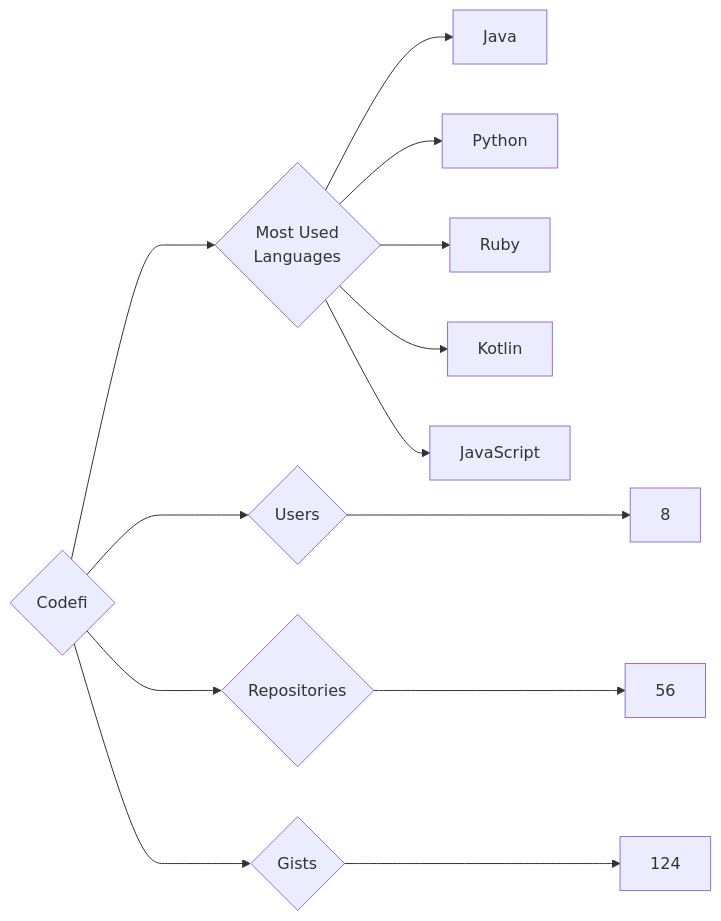
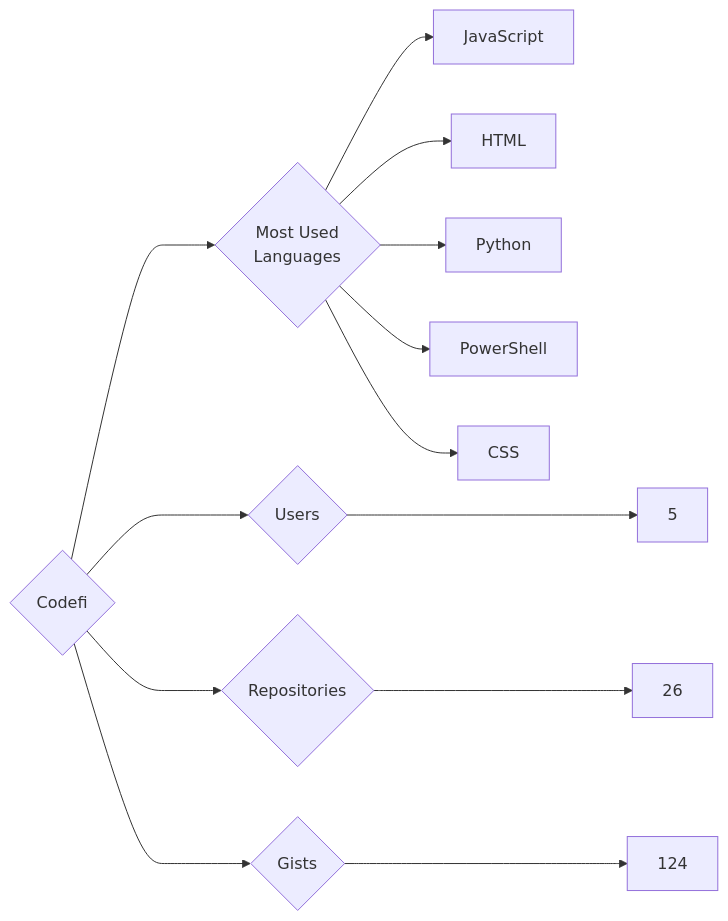
Before and after one commit to trickest/insiders: the diagram in targets/Codefi/README.md, drawn with Mermaid. The commit also changed 899 other files, not shown here.

````diff
--- a/targets/Codefi/README.md
+++ b/targets/Codefi/README.md
@@ -3,13 +3,13 @@
 ```mermaid
 graph LR
 COMPANY_NAME{Codefi}
-COMPANY_NAME ---> U{Users} ---> UN[8]
-COMPANY_NAME ---> R{Repositories} ---> RN[56]
+COMPANY_NAME ---> U{Users} ---> UN[5]
+COMPANY_NAME ---> R{Repositories} ---> RN[26]
 COMPANY_NAME ---> G{Gists} ---> GN[124]
 COMPANY_NAME ---> ML{Most Used<br>Languages}
-ML --> Java[Java]
+ML --> JavaScript[JavaScript]
+ML --> HTML[HTML]
 ML --> Python[Python]
-ML --> Ruby[Ruby]
-ML --> Kotlin[Kotlin]
-ML --> JavaScript[JavaScript]
+ML --> PowerShell[PowerShell]
+ML --> CSS[CSS]
 ```
````
